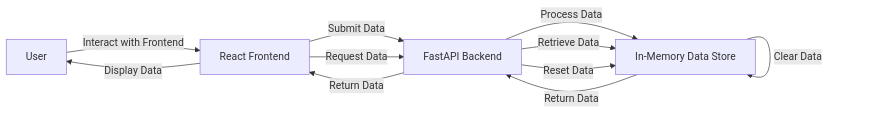
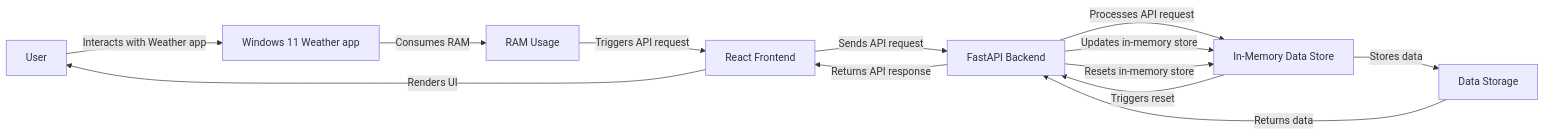
Before and after one commit to coddyieee-sketch/ram-weather-optimizer-pro-max-plus: the diagram in README.md, drawn with Mermaid. The commit also changed other lines of this file and 6 other files, not shown here.

First line of the commit message:
feat: initial release of ram-weather-optimizer-pro-max-plus for 'Windows 11's built-in Weather app wastes more than 1 GB of RAM'

````diff
--- a/README.md
+++ b/README.md
@@ -23,14 +22,15 @@
 ```mermaid
 graph LR
-    A[User] -->|Interact with Frontend| B[React Frontend]
-    B -->|Submit Data| C[FastAPI Backend]
-    C -->|Process Data| D[In-Memory Data Store]
-    D -->|Store Data| D
-    B -->|Request Data| C
-    C -->|Retrieve Data| D
-    D -->|Return Data| C
-    C -->|Return Data| B
-    B -->|Display Data| A
-    C -->|Reset Data| D
-    D -->|Clear Data| D
+    A[User] -->|Interacts with Weather app| B[Windows 11 Weather app]
+    B -->|Consumes RAM| C[RAM Usage]
+    C -->|Triggers API request| D[React Frontend]
+    D -->|Sends API request| E[FastAPI Backend]
+    E -->|Processes API request| F[In-Memory Data Store]
+    F -->|Stores data| G[Data Storage]
+    G -->|Returns data| E
+    E -->|Returns API response| D
+    D -->|Renders UI| A
+    E -->|Updates in-memory store| F
+    F -->|Triggers reset| E
+    E -->|Resets in-memory store| F
 ```
````
